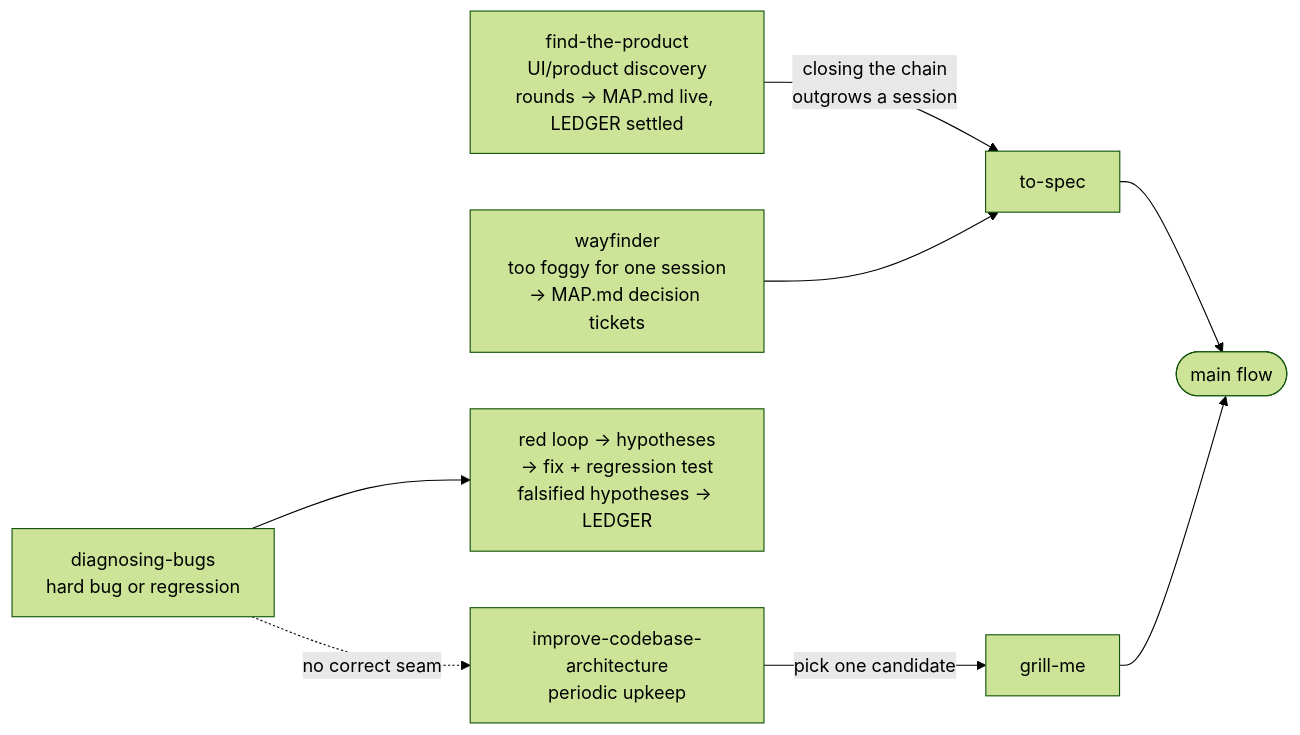
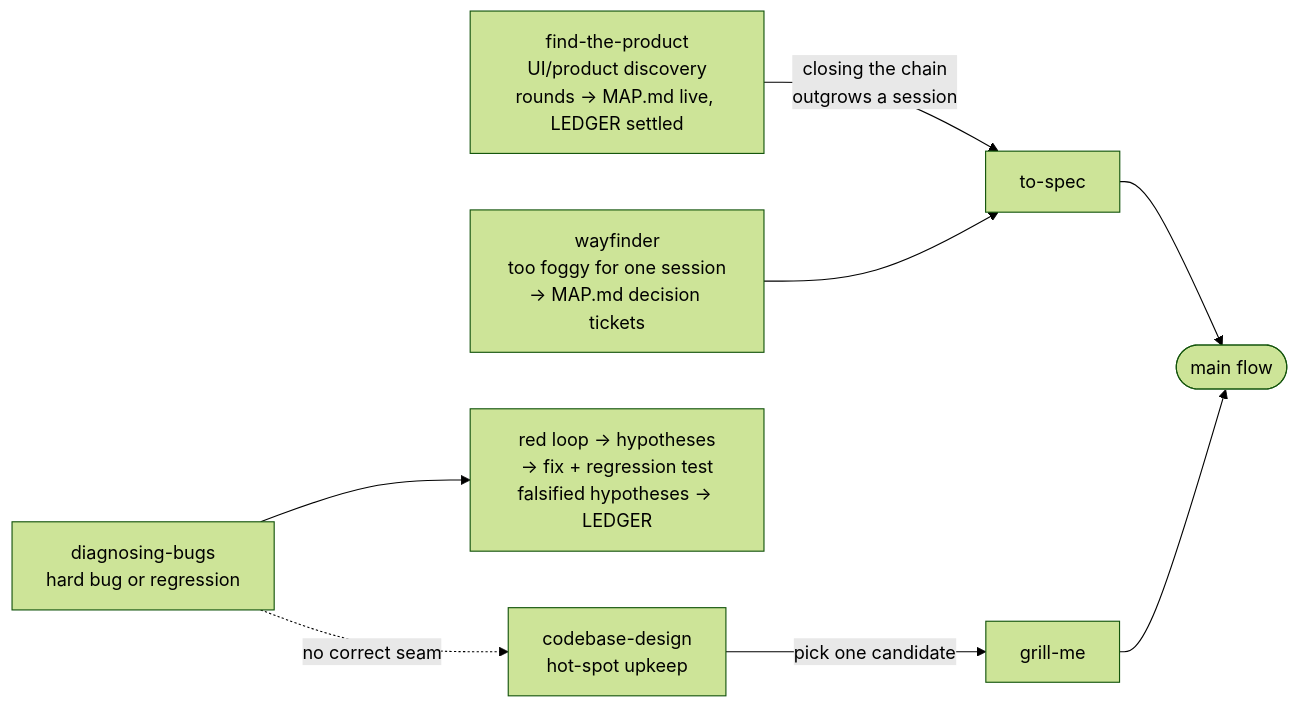
The second of 4 diagrams in .agents/skills/index/FLOWS.md (positive-energy-labs/Pe.Tools), drawn with Mermaid (forest theme) before and after one commit. The commit also changed other lines of this file and 28 other files, not shown here.

````diff
--- a/.agents/skills/index/FLOWS.md
+++ b/.agents/skills/index/FLOWS.md
@@ -22,10 +22,10 @@
 ```mermaid
 flowchart LR
     FTP["find-the-product<br/>UI/product discovery<br/>rounds → MAP.md live, LEDGER settled"] -- "closing the chain<br/>outgrows a session" --> SP2["to-spec"]
     WF["wayfinder<br/>too foggy for one session<br/>→ MAP.md decision tickets"] --> SP2
     DBG["diagnosing-bugs<br/>hard bug or regression"] --> RED["red loop → hypotheses<br/>→ fix + regression test<br/>falsified hypotheses → LEDGER"]
-    ICA["improve-codebase-architecture<br/>periodic upkeep"] -- "pick one candidate" --> GD2["grill-me"]
+    ICA["codebase-design<br/>hot-spot upkeep"] -- "pick one candidate" --> GD2["grill-me"]
     SP2 --> MAIN([main flow])
     GD2 --> MAIN
     DBG -. "no correct seam" .-> ICA
 ```
````
